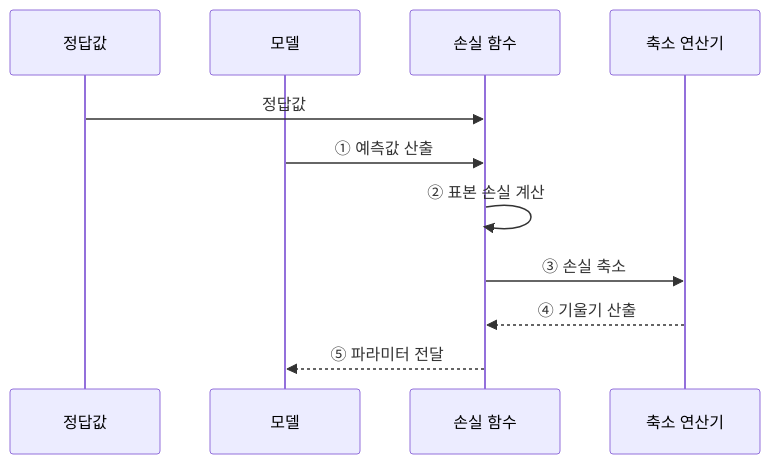
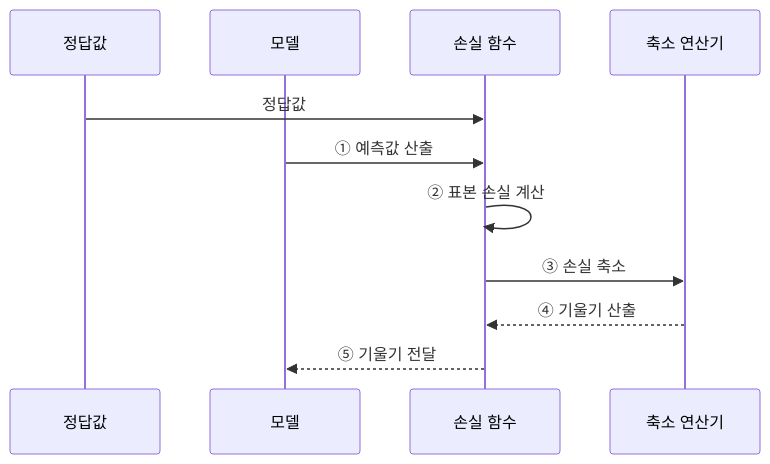
Before and after one commit to agnusdei1207/knowledge-base: the fourth of 4 diagrams in src/content/docs/notes/01-basic-theory/042_loss_functions.md, drawn with Mermaid. The commit also changed other lines of this file and 26 other files, not shown here.

````diff
--- a/src/content/docs/notes/01-basic-theory/042_loss_functions.md
+++ b/src/content/docs/notes/01-basic-theory/042_loss_functions.md
@@ -98,13 +104,13 @@
 ```mermaid
 sequenceDiagram
     participant Y as 정답값
     participant M as 모델
     participant L as 손실 함수
     participant R as 축소 연산기
     Y->>L: 정답값
     M->>L: ① 예측값 산출
     L->>L: ② 표본 손실 계산
     L->>R: ③ 손실 축소
     R-->>L: ④ 기울기 산출
-    L-->>M: ⑤ 파라미터 전달
+    L-->>M: ⑤ 기울기 전달
 ```
````
